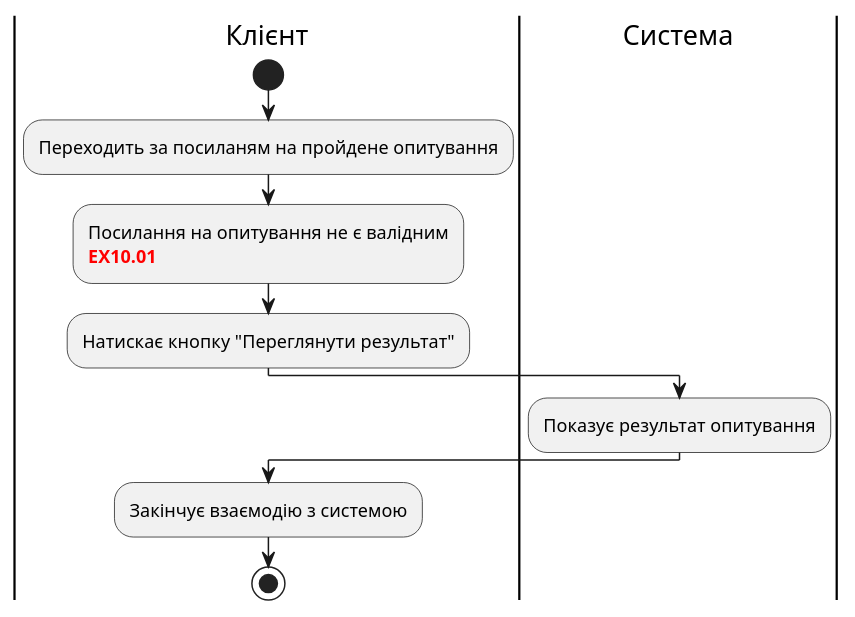
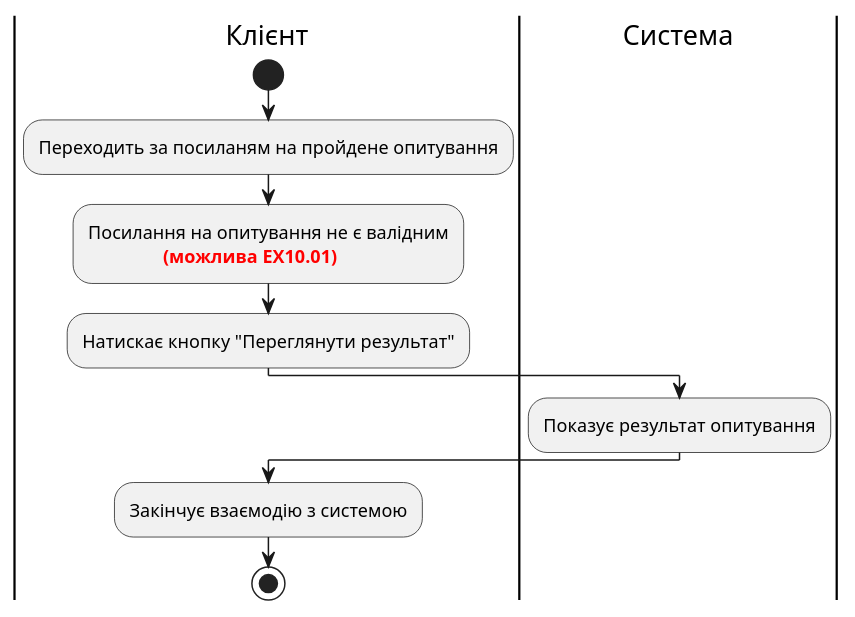
One commit to edu-db/edu_db_labs changed diagram 14 of 16 in docs/use cases/README.md. Above: the diagram before and after it, drawn with PlantUML. The commit also changed other lines of this file, not shown here.

```diff
--- a/docs/use cases/README.md
+++ b/docs/use cases/README.md
@@ -477,17 +443,16 @@
 @startuml
 
 |Клієнт|
 start;
 :Переходить за посиланям на пройдене опитування;
-:Посилання на опитування не є валідним
-<font color="red"><b>ЕХ10.01;
+:Посилання на опитування не є валідним\n\t\t<font color="red"><b>(можлива ЕХ10.01);
 :Натискає кнопку "Переглянути результат";
 
 |Система|
 :Показує результат опитування;
 
 |Клієнт|
 :Закінчує взаємодію з системою;
 stop;
 
 @enduml
```
